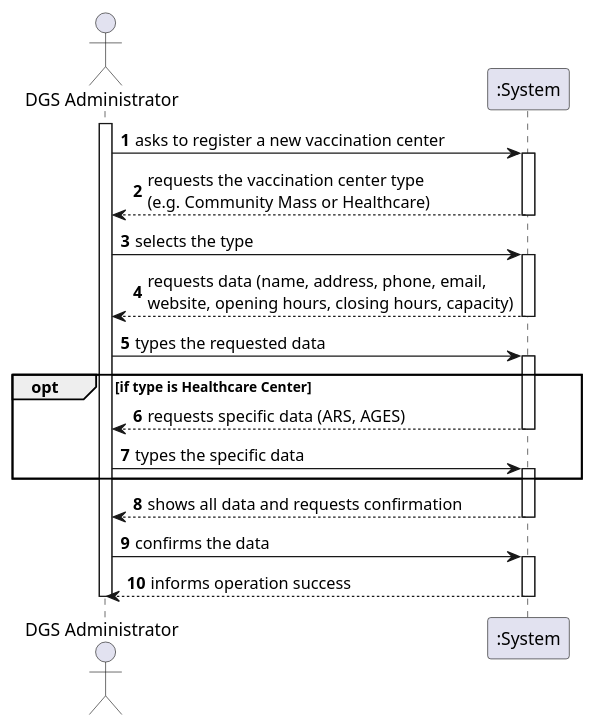
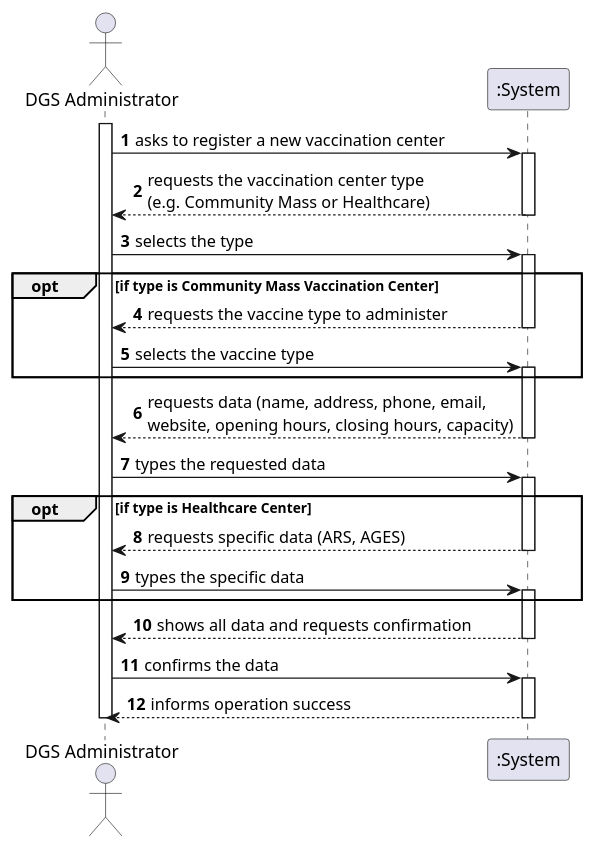
Before and after one commit to afonso51111/leti-esoft-25-26-A33: the diagram in project-template/docs/sprint3/US13/puml/US13-SSD.puml, drawn with PlantUML. The commit also changed 61 other files, not shown here.

```diff
--- a/project-template/docs/sprint3/US13/puml/US13-SSD.puml
+++ b/project-template/docs/sprint3/US13/puml/US13-SSD.puml
@@ -1,40 +1,47 @@
 @startuml
 autonumber
 actor "DGS Administrator" as Admin
 participant ":System" as System
 
 activate Admin
 
 Admin -> System : asks to register a new vaccination center
 activate System
 
 System --> Admin : requests the vaccination center type \n(e.g. Community Mass or Healthcare)
 deactivate System
 
 Admin -> System : selects the type
 activate System
+
+opt if type is Community Mass Vaccination Center
+    System --> Admin : requests the vaccine type to administer
+    deactivate System
+    Admin -> System : selects the vaccine type
+    activate System
+end
 
 System --> Admin : requests data (name, address, phone, email, \nwebsite, opening hours, closing hours, capacity)
 deactivate System
 
 Admin -> System : types the requested data
 activate System
 
 opt if type is Healthcare Center
     System --> Admin : requests specific data (ARS, AGES)
     deactivate System
     Admin -> System : types the specific data
     activate System
 end
 
 System --> Admin : shows all data and requests confirmation
 deactivate System
 
 Admin -> System : confirms the data
 activate System
 
 System --> Admin : informs operation success
 deactivate System
 
 deactivate Admin
 @enduml
```
